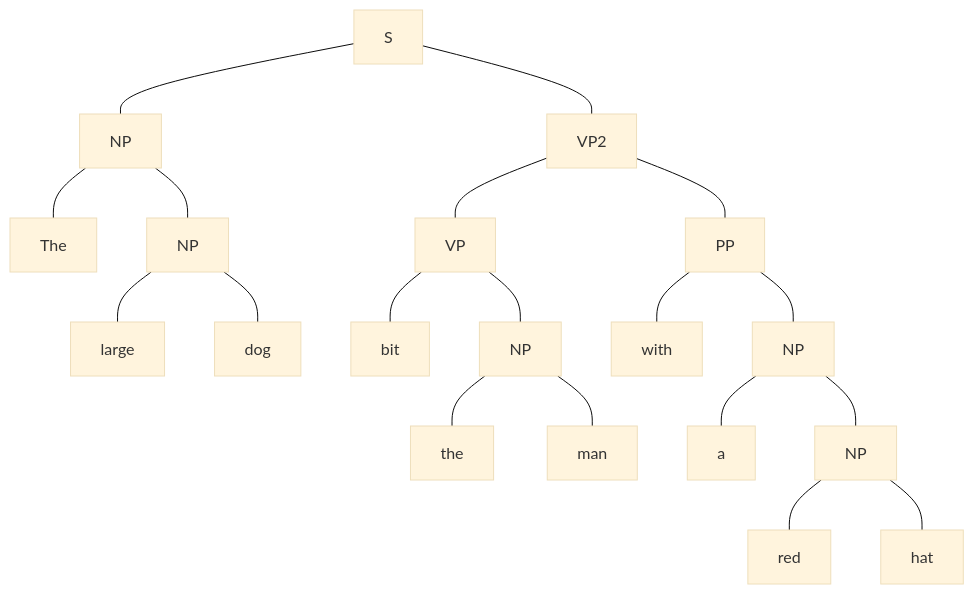
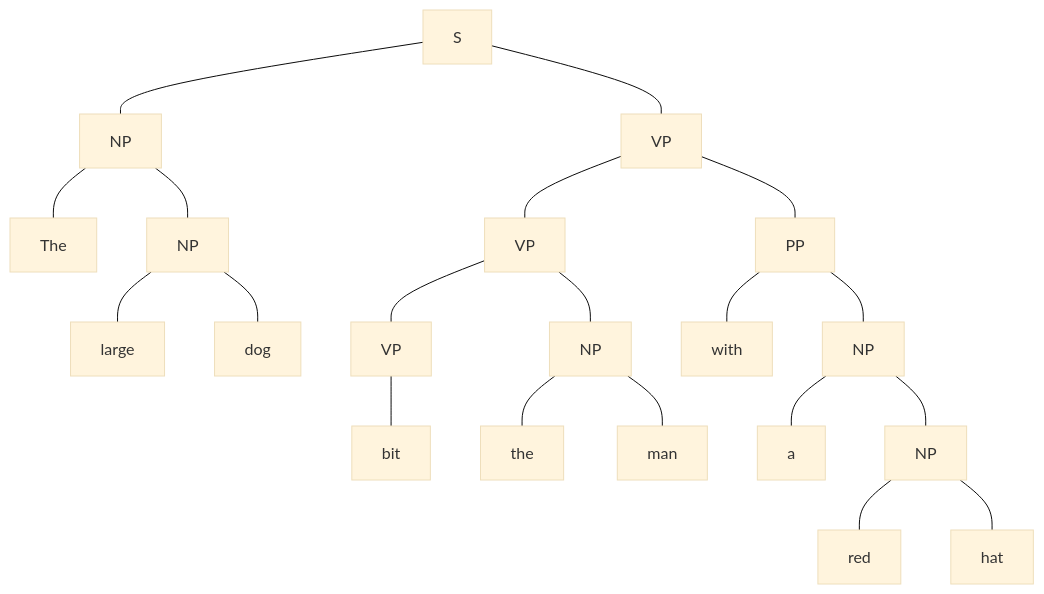
One commit to CSS-TARUMT-PG/BACS3074-Past-Year-Answer changed the fourth of 4 diagrams in 2024-OCT/answer.md. Above: the diagram before and after it, drawn with Mermaid (base theme). The commit also changed other lines of this file, not shown here.

Commit message:
Update answers for Q2c

````diff
--- a/2024-OCT/answer.md
+++ b/2024-OCT/answer.md
@@ -133,32 +134,33 @@
 ```mermaid
 graph TD
     Det1["The"]
     ADJ1["large"]
     N1["dog"]
     V1["bit"]
     Det2["the"]
     N2["man"]
     P1["with"]
     Det3["a"]
     ADJ2["red"]
     N3["hat"]
 
     S["S"] --- NP6
-    S --- VP2
+    S --- VP2["VP"]
     VP2 --- VP1
     VP2 --- PP1
     NP6["NP"] --- Det1
     NP6 --- NP5
     NP5["NP"] --- ADJ1
     NP5 --- N1
-    VP1["VP"] --- V1
+    VP1["VP"] --- VP3
     VP1 ---  NP4
+    VP3["VP"] --- V1
     NP4["NP"] --- Det2
     NP4 --- N2
     PP1["PP"] --- P1
     PP1 --- NP2
     NP2["NP"] --- Det3
     NP2 --- NP1
     NP1["NP"] --- ADJ2
     NP1 --- N3
 ```
````
